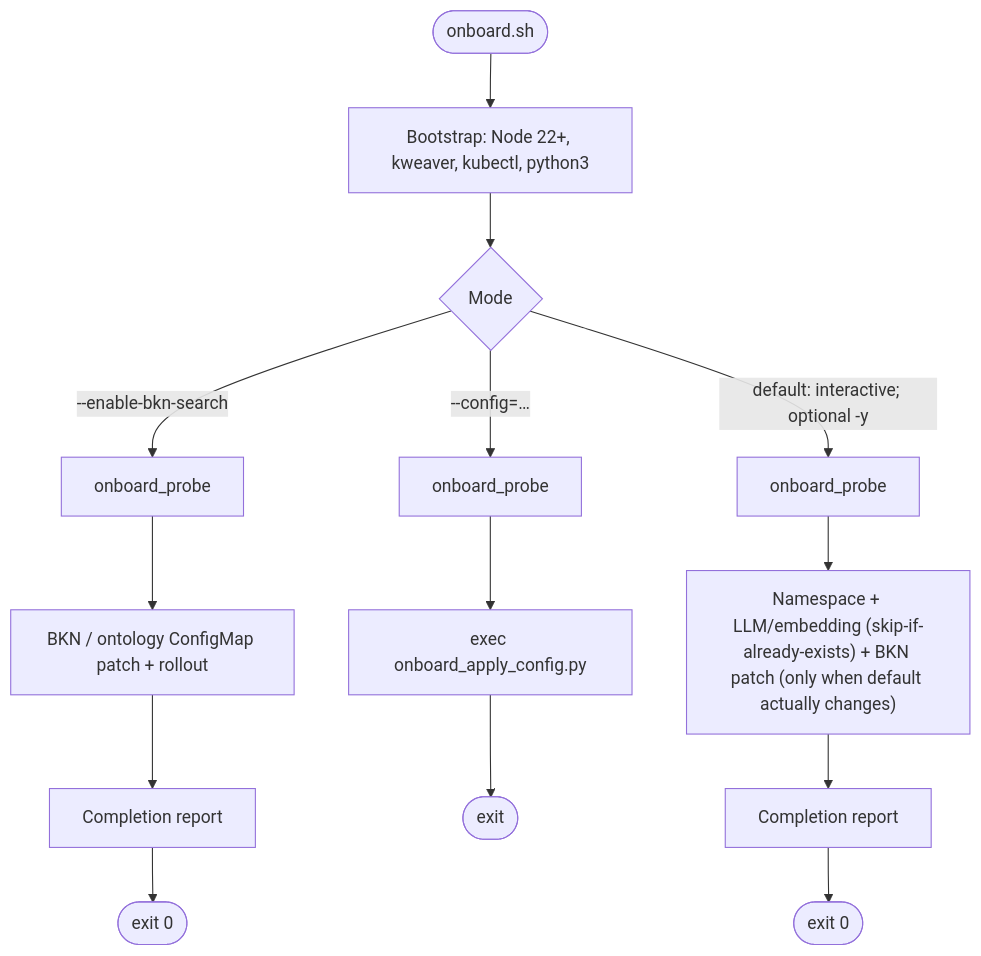
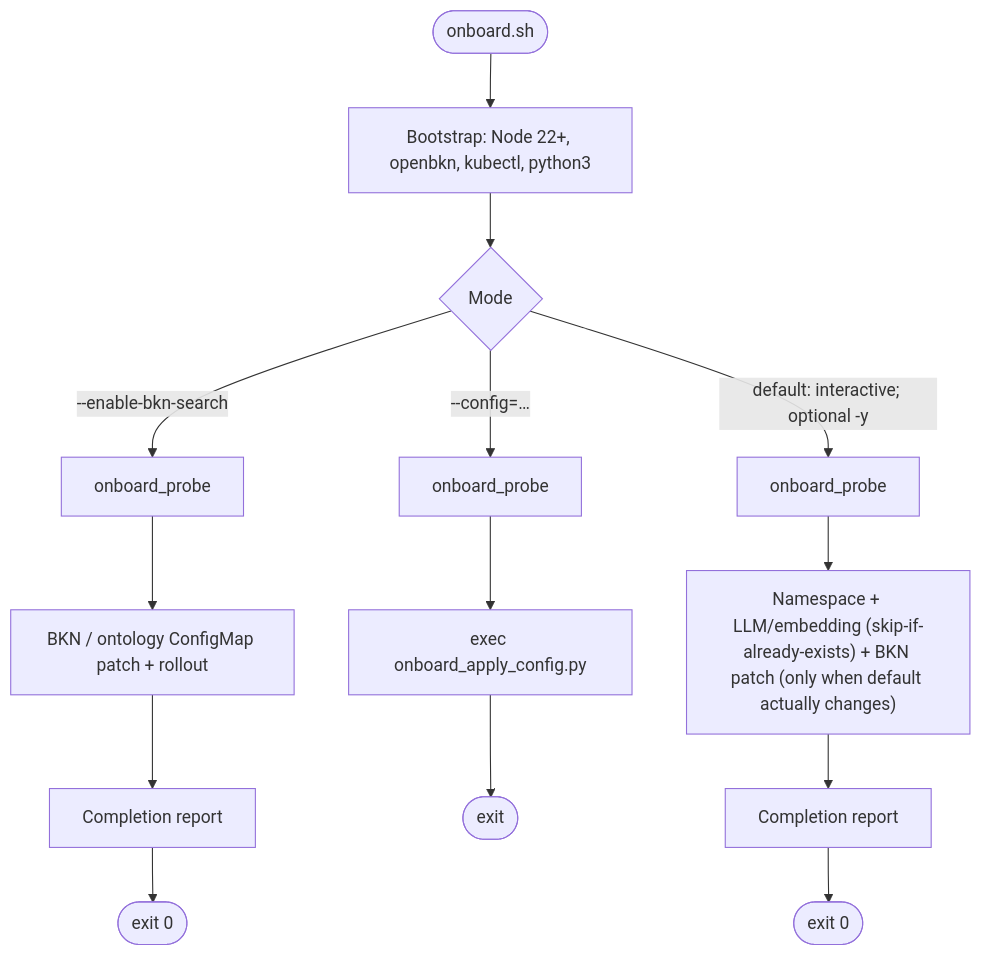
One commit to openbkn-ai/bkn-foundry changed the first of 3 diagrams in help/en/install.md. Above: the diagram before and after it, drawn with Mermaid. The commit also changed other lines of this file and 29 other files, not shown here.

````diff
--- a/help/en/install.md
+++ b/help/en/install.md
@@ -290,8 +290,8 @@
 ```mermaid
 flowchart TB
-  s([onboard.sh]) --> boot["Bootstrap: Node 22+, kweaver, kubectl, python3"]
+  s([onboard.sh]) --> boot["Bootstrap: Node 22+, openbkn, kubectl, python3"]
   boot --> mode{Mode}
   mode -->|"--enable-bkn-search"| p1[onboard_probe] --> bkn["BKN / ontology ConfigMap patch + rollout"] --> r1[Completion report] --> e1([exit 0])
   mode -->|"--config=…"| p2[onboard_probe] --> py["exec onboard_apply_config.py"] --> e2([exit])
   mode -->|default: interactive; optional -y| p3[onboard_probe] --> ui["Namespace + LLM/embedding (skip-if-already-exists) + BKN patch (only when default actually changes)"] --> r2[Completion report] --> e3([exit 0])
 ```
````
